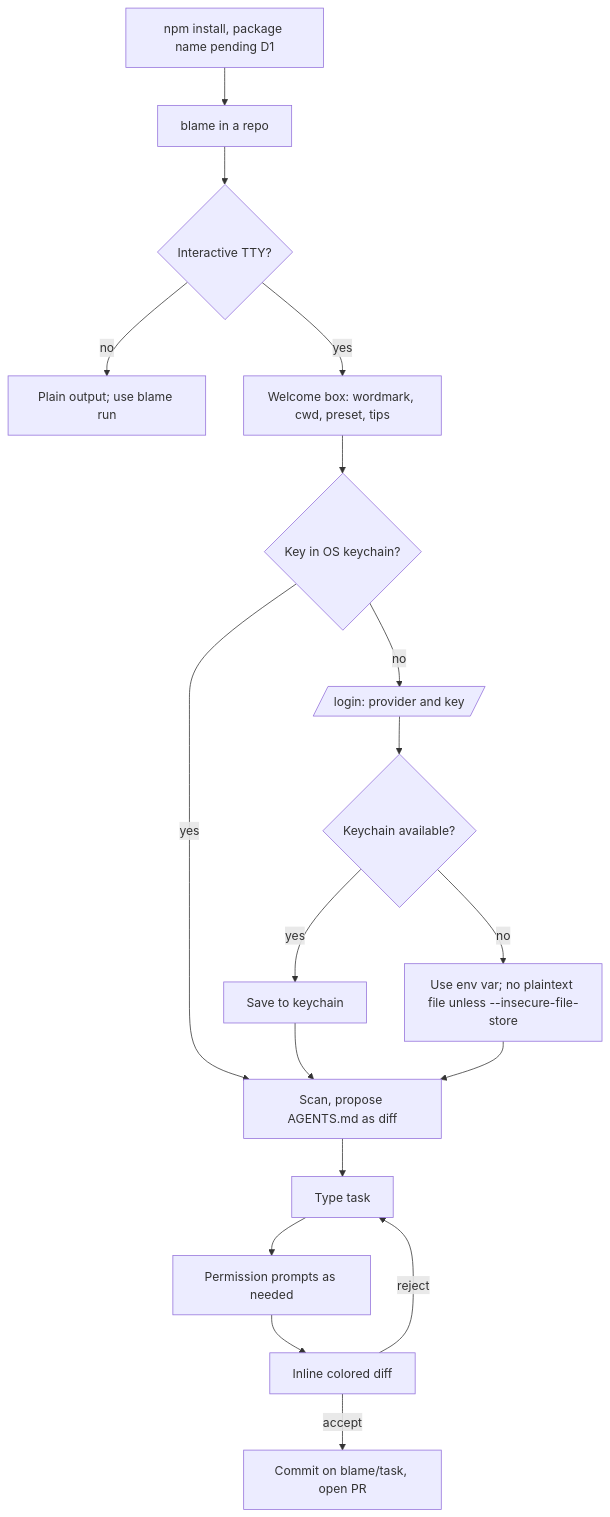
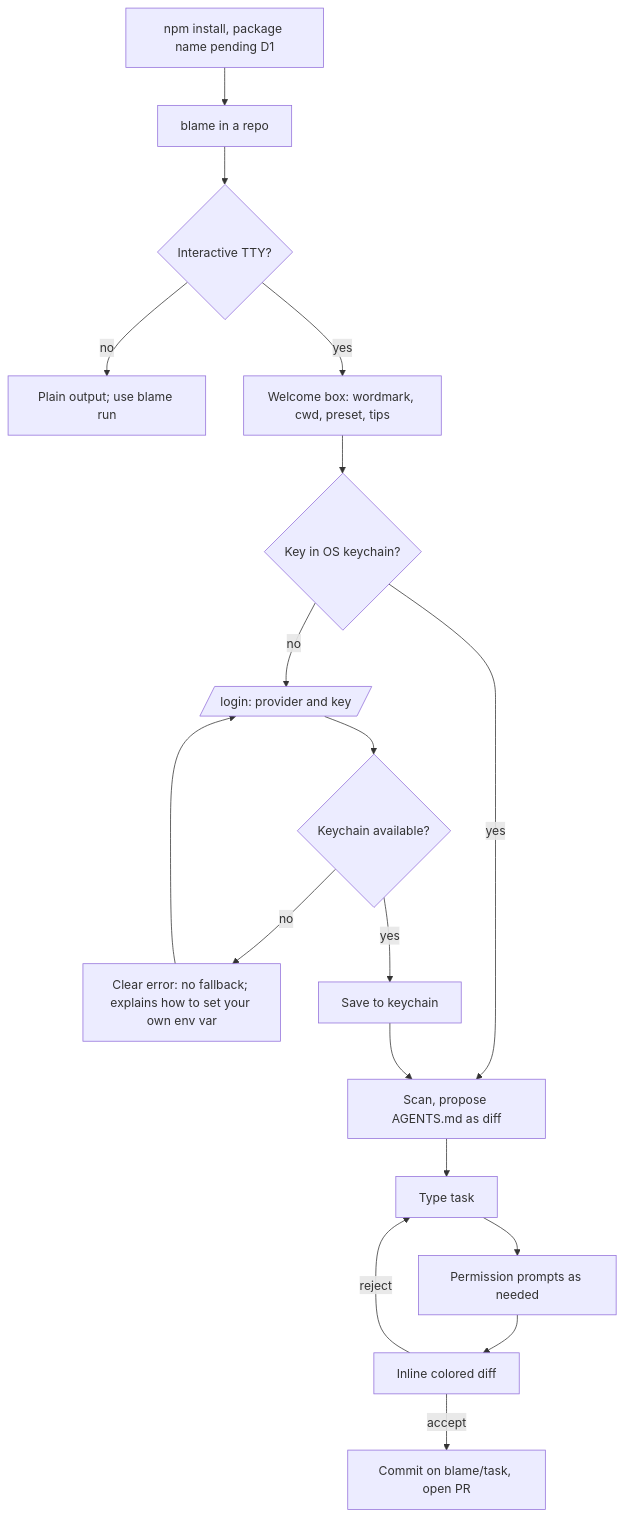
The third of 5 diagrams in docs/APP_FLOW.md (dbustosjr/blame), drawn with Mermaid before and after one commit. The commit also changed other lines of this file and 2 other files, not shown here.

Commit message:
docs: FR-KEY-1 matches #45 (no keychain fallback), add OQ-7 to OQ-10 (#48)

````diff
--- a/docs/APP_FLOW.md
+++ b/docs/APP_FLOW.md
@@ -145,20 +145,20 @@
 ```mermaid
 flowchart TD
   IN[npm install, package name pending D1] --> RUN[blame in a repo]
   RUN --> TTY{Interactive TTY?}
   TTY -- no --> NI[Plain output; use blame run]
   TTY -- yes --> W[Welcome box: wordmark, cwd, preset, tips]
   W --> KEY{Key in OS keychain?}
   KEY -- no --> KS[/login: provider and key/]
   KS --> KC{Keychain available?}
-  KC -- no --> ENV[Use env var; no plaintext file unless --insecure-file-store]
+  KC -- no --> ENV[Clear error: no fallback; explains how to set your own env var]
   KC -- yes --> SAVE[Save to keychain]
   KEY -- yes --> SCAN
   SAVE --> SCAN[Scan, propose AGENTS.md as diff]
-  ENV --> SCAN
+  ENV --> KS
   SCAN --> TASK[Type task]
   TASK --> GATE[Permission prompts as needed]
   GATE --> DIFF[Inline colored diff]
   DIFF -- accept --> PR[Commit on blame/task, open PR]
   DIFF -- reject --> TASK
 ```
````
